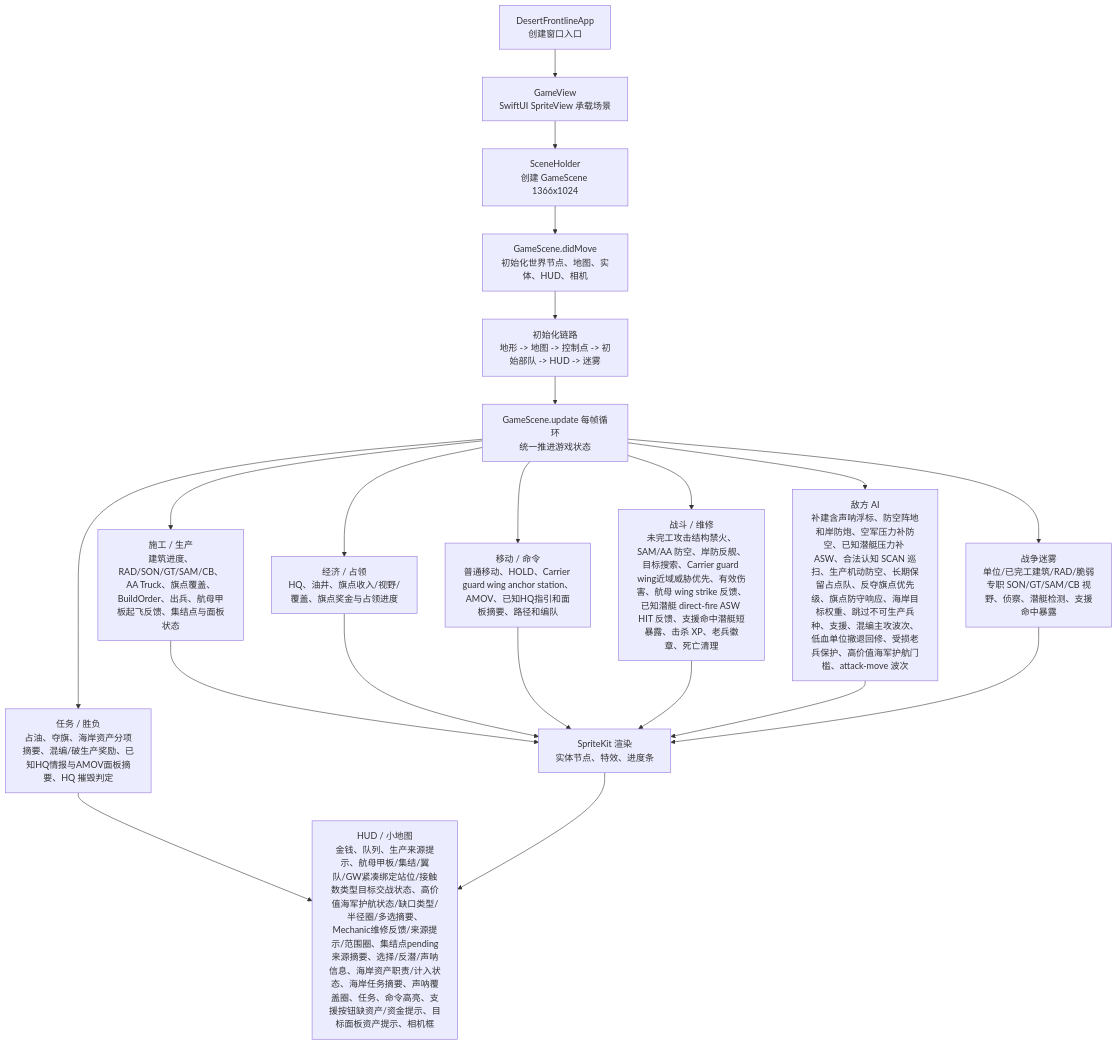
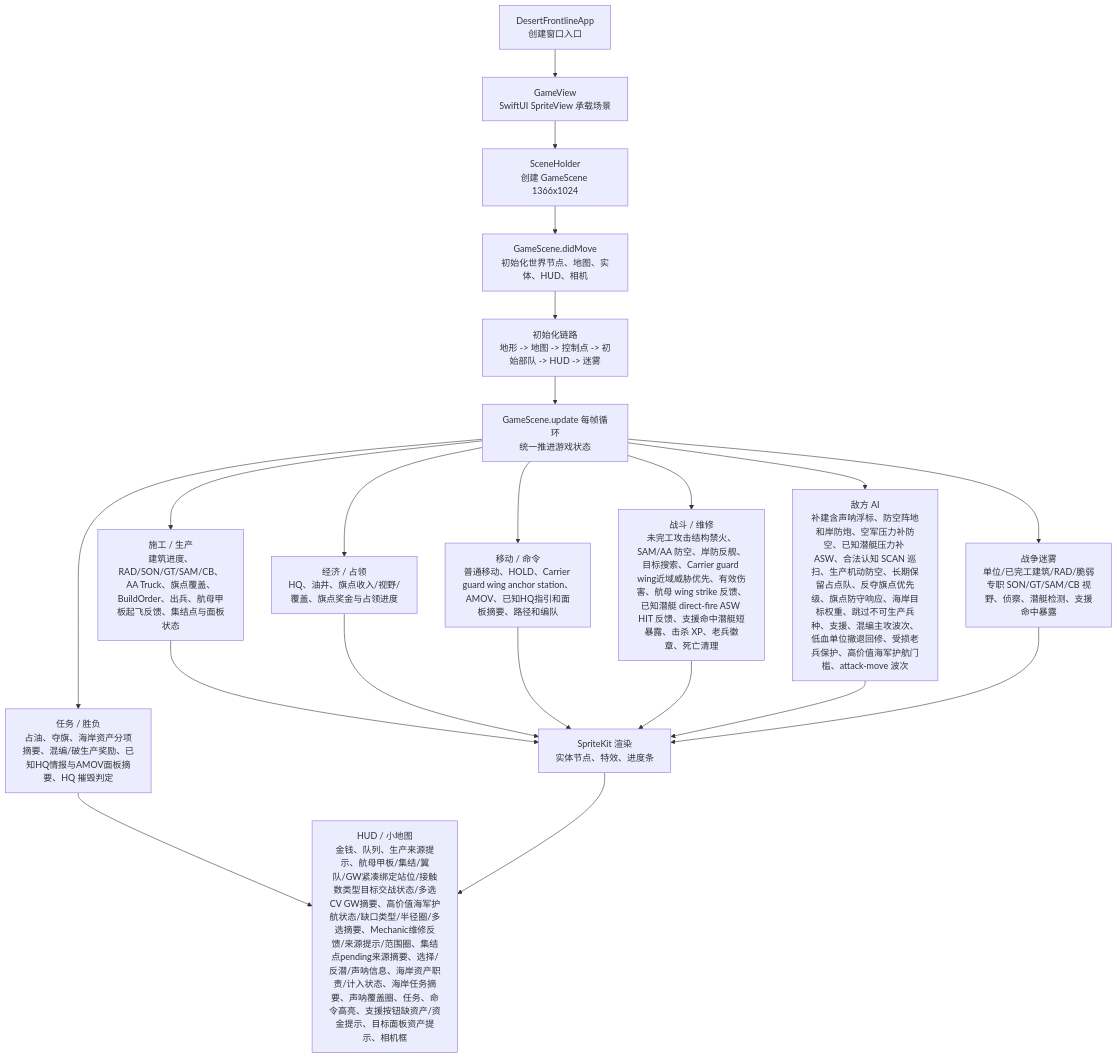
Before and after one commit to Altman-sam114/1145: the first of 3 diagrams in md/flow/flowchart.md, drawn with Mermaid. The commit also changed 4 other files, not shown here.

````diff
--- a/md/flow/flowchart.md
+++ b/md/flow/flowchart.md
@@ -9,23 +9,23 @@
 ```mermaid
 flowchart TD
   App["DesertFrontlineApp\n创建窗口入口"] --> View["GameView\nSwiftUI SpriteView 承载场景"]
   View --> Holder["SceneHolder\n创建 GameScene 1366x1024"]
   Holder --> Scene["GameScene.didMove\n初始化世界节点、地图、实体、HUD、相机"]
   Scene --> Init["初始化链路\n地形 -> 地图 -> 控制点 -> 初始部队 -> HUD -> 迷雾"]
   Init --> Loop["GameScene.update 每帧循环\n统一推进游戏状态"]
   Loop --> Build["施工 / 生产\n建筑进度、RAD/SON/GT/SAM/CB、AA Truck、旗点覆盖、BuildOrder、出兵、航母甲板起飞反馈、集结点与面板状态"]
   Loop --> Economy["经济 / 占领\nHQ、油井、旗点收入/视野/覆盖、旗点奖金与占领进度"]
   Loop --> Commands["移动 / 命令\n普通移动、HOLD、Carrier guard wing anchor station、AMOV、已知HQ指引和面板摘要、路径和编队"]
   Loop --> Combat["战斗 / 维修\n未完工攻击结构禁火、SAM/AA 防空、岸防反舰、目标搜索、Carrier guard wing近域威胁优先、有效伤害、航母 wing strike 反馈、已知潜艇 direct-fire ASW HIT 反馈、支援命中潜艇短暴露、击杀 XP、老兵徽章、死亡清理"]
   Loop --> AI["敌方 AI\n补建含声呐浮标、防空阵地和岸防炮、空军压力补防空、已知潜艇压力补 ASW、合法认知 SCAN 巡扫、生产机动防空、长期保留占点队、反夺旗点优先级、旗点防守响应、海岸目标权重、跳过不可生产兵种、支援、混编主攻波次、低血单位撤退回修、受损老兵保护、高价值海军护航门槛、attack-move 波次"]
   Loop --> Fog["战争迷雾\n单位/已完工建筑/RAD/脆弱专职 SON/GT/SAM/CB 视野、侦察、潜艇检测、支援命中暴露"]
   Loop --> Mission["任务 / 胜负\n占油、夺旗、海岸资产分项摘要、混编/破生产奖励、已知HQ情报与AMOV面板摘要、HQ 摧毁判定"]
   Build --> Render["SpriteKit 渲染\n实体节点、特效、进度条"]
   Economy --> Render
   Commands --> Render
   Combat --> Render
   AI --> Render
   Fog --> Render
-  Mission --> HUD["HUD / 小地图\n金钱、队列、生产来源提示、航母甲板/集结/翼队/GW紧凑绑定站位/接触数类型目标交战状态、高价值海军护航状态/缺口类型/半径圈/多选摘要、Mechanic维修反馈/来源提示/范围圈、集结点pending来源摘要、选择/反潜/声呐信息、海岸资产职责/计入状态、海岸任务摘要、声呐覆盖圈、任务、命令高亮、支援按钮缺资产/资金提示、目标面板资产提示、相机框"]
+  Mission --> HUD["HUD / 小地图\n金钱、队列、生产来源提示、航母甲板/集结/翼队/GW紧凑绑定站位/接触数类型目标交战状态/多选CV GW摘要、高价值海军护航状态/缺口类型/半径圈/多选摘要、Mechanic维修反馈/来源提示/范围圈、集结点pending来源摘要、选择/反潜/声呐信息、海岸资产职责/计入状态、海岸任务摘要、声呐覆盖圈、任务、命令高亮、支援按钮缺资产/资金提示、目标面板资产提示、相机框"]
   Render --> HUD
 ```
````
